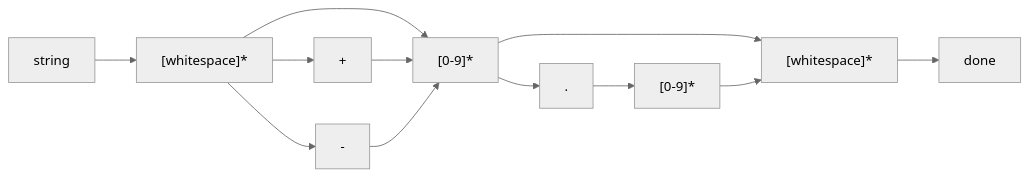
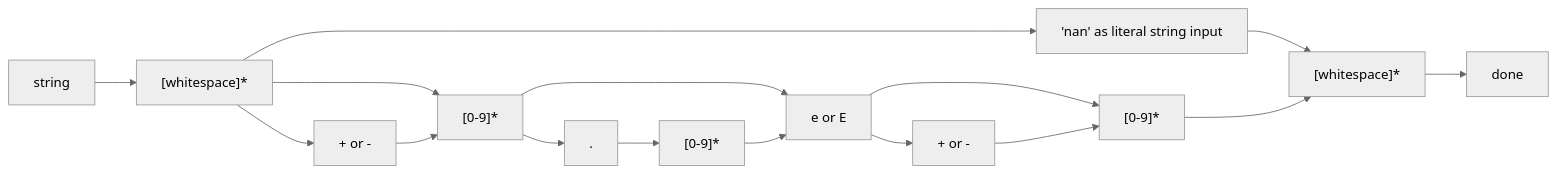
The diagram in doc/Rules.md (rseitz01/fhgr-sweng-string-to-float), drawn with Mermaid (neutral theme) before and after one commit. The commit also changed 2 other files, not shown here.

Commit message:
update rules

````diff
--- a/doc/Rules.md
+++ b/doc/Rules.md
@@ -1,24 +1,31 @@
 ```mermaid
 flowchart LR
 
 ws1["[whitespace]*"]
 ws2["[whitespace]*"]
+nan["'nan' as literal string input"]
 digit1["[0-9]*"]
 digit2["[0-9]*"]
-plus["+"]
-neg["-"]
+digit3["[0-9]*"]
+pm["+ or -"]
+pm2["+ or -"]
 dot["."]
+exp["e or E"]
 
 string --> ws1
 ws1 --> digit1
-ws1 --> plus --> digit1
-ws1 --> neg --> digit1
+ws1 --> pm --> digit1
+ws1 --> nan --> ws2
 
 digit1 --> dot --> digit2
-digit1 --> ws2
+digit1 --> exp
 
-digit2 --> ws2
+digit2 --> exp
+
+exp --> digit3
+exp --> pm2 --> digit3
+digit3 --> ws2
 
 ws2 --> done
 
 ```
````
